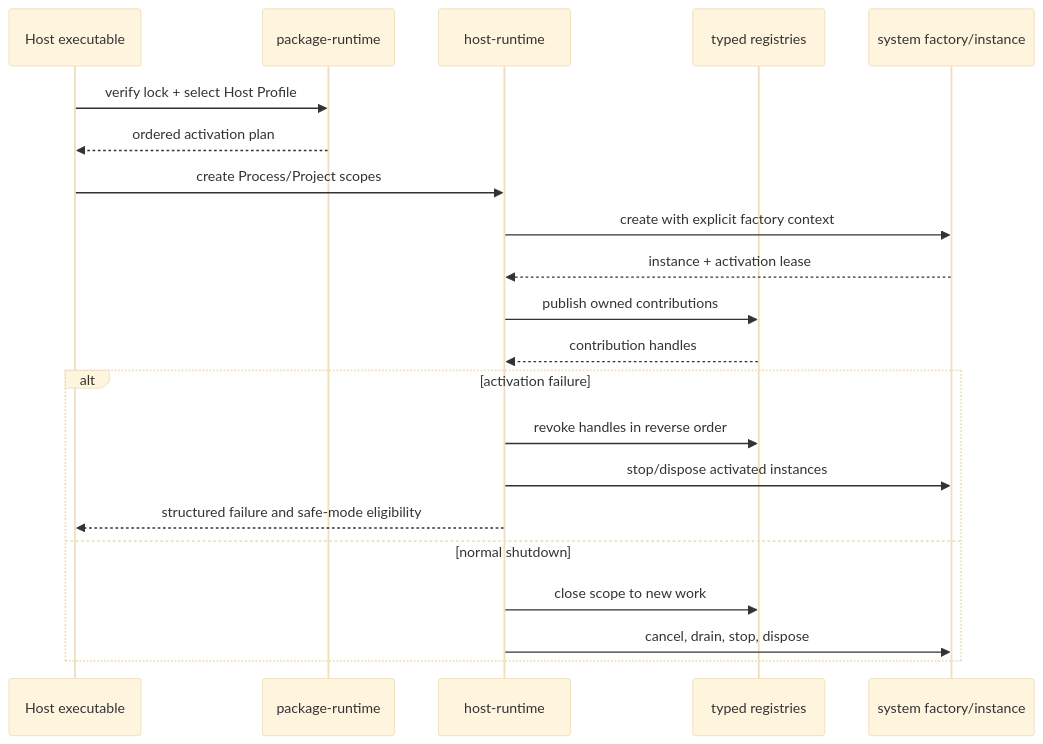
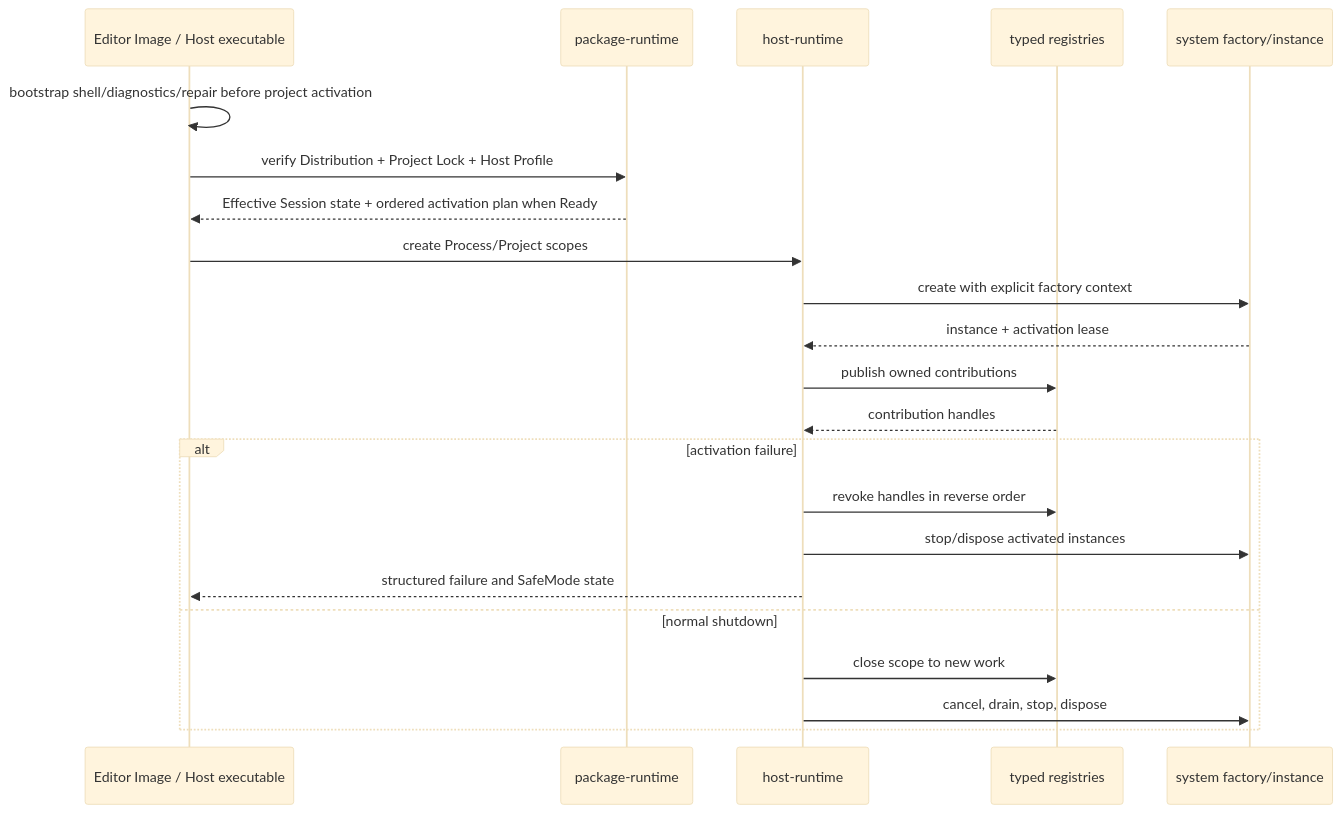
The fourth of 4 diagrams in docs/architecture/foundation-framework.md (66six11/Engine), drawn with Mermaid (base theme) before and after one commit. The commit also changed other lines of this file and 14 other files, not shown here.

````diff
--- a/docs/architecture/foundation-framework.md
+++ b/docs/architecture/foundation-framework.md
@@ -178,24 +195,25 @@
 ```mermaid
 sequenceDiagram
-    participant App as Host executable
+    participant Image as Editor Image / Host executable
     participant Package as package-runtime
     participant Host as host-runtime
     participant Registry as typed registries
     participant System as system factory/instance
 
-    App->>Package: verify lock + select Host Profile
-    Package-->>App: ordered activation plan
-    App->>Host: create Process/Project scopes
+    Image->>Image: bootstrap shell/diagnostics/repair before project activation
+    Image->>Package: verify Distribution + Project Lock + Host Profile
+    Package-->>Image: Effective Session state + ordered activation plan when Ready
+    Image->>Host: create Process/Project scopes
     Host->>System: create with explicit factory context
     System-->>Host: instance + activation lease
     Host->>Registry: publish owned contributions
     Registry-->>Host: contribution handles
     alt activation failure
         Host->>Registry: revoke handles in reverse order
         Host->>System: stop/dispose activated instances
-        Host-->>App: structured failure and safe-mode eligibility
+        Host-->>Image: structured failure and SafeMode state
     else normal shutdown
         Host->>Registry: close scope to new work
         Host->>System: cancel, drain, stop, dispose
     end
 ```
````
